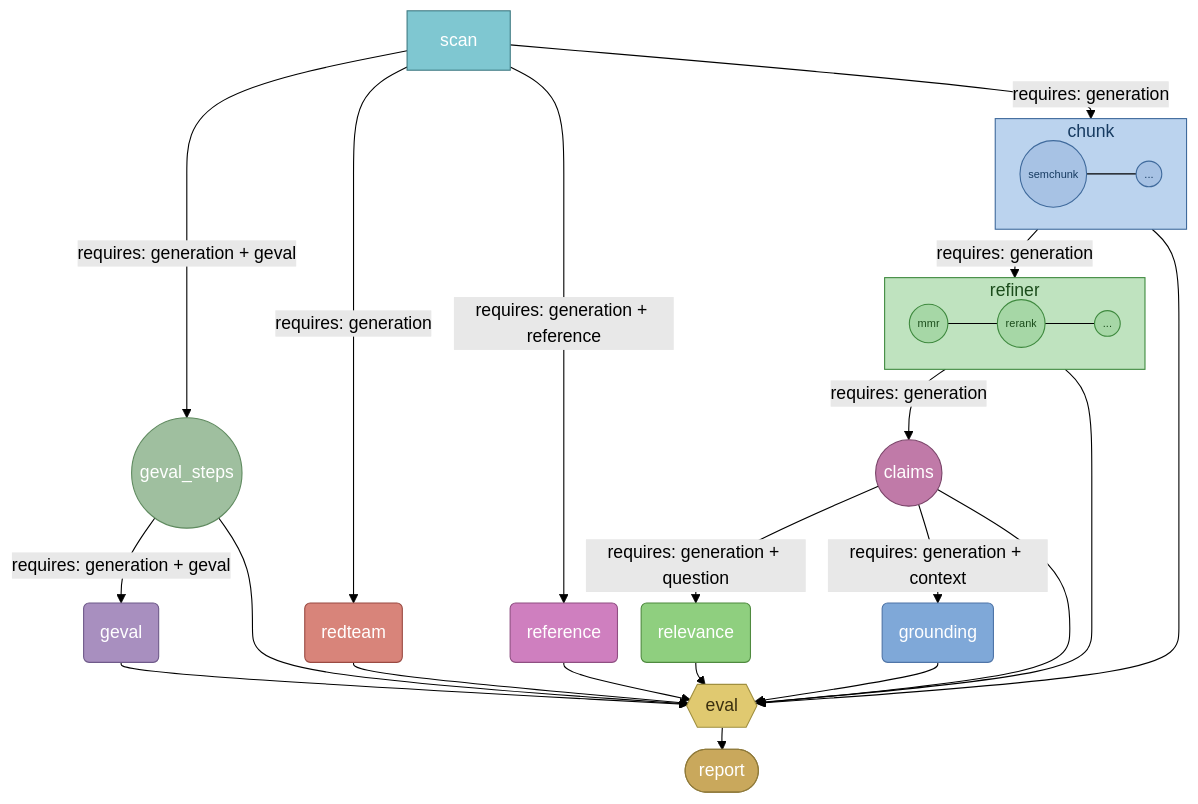
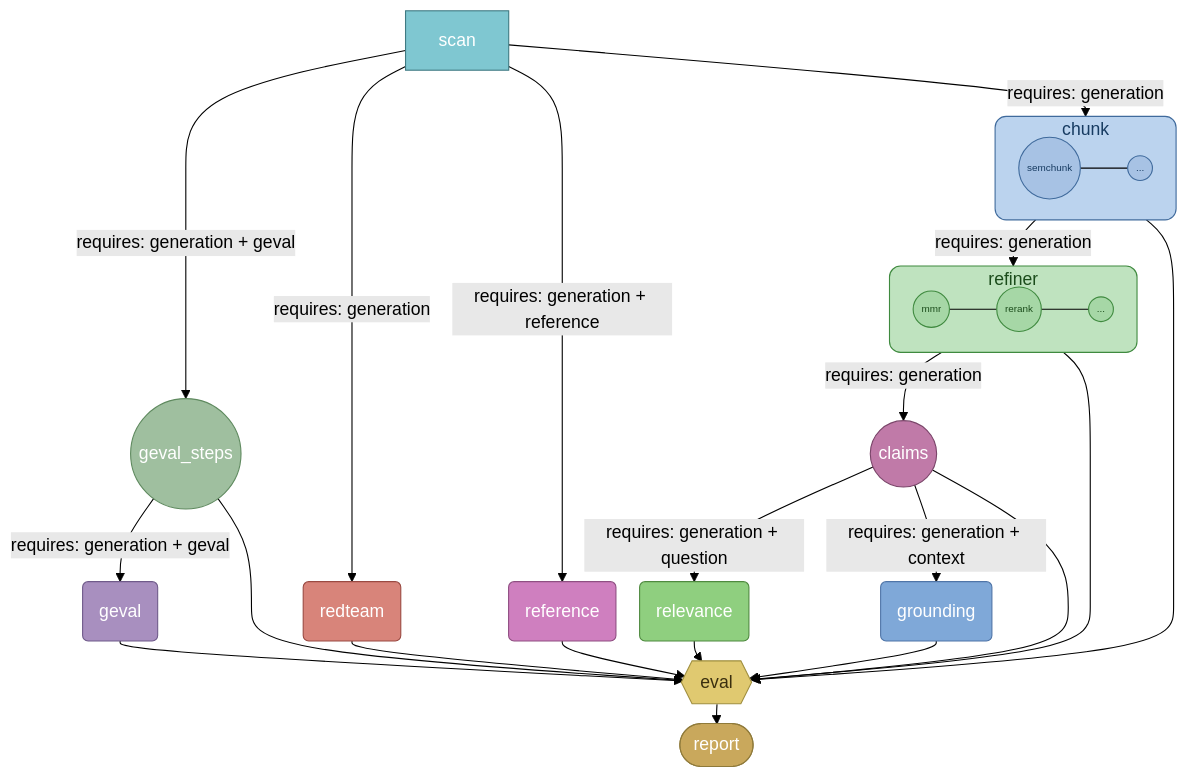
The diagram in docs/architecture.md (harneXa/nexa-gauge), drawn with Mermaid (forest theme) before and after one commit. The commit also changed 6 other files, not shown here.

````diff
--- a/docs/architecture.md
+++ b/docs/architecture.md
@@ -32,5 +32,5 @@
 ```mermaid
-%%{init: {"flowchart": {"nodeSpacing": 20, "rankSpacing": 20}} }%%
+%%{init: {"flowchart": {"nodeSpacing": 18, "rankSpacing": 18}} }%%
 flowchart TD
     scan[scan]
 
@@ -95,14 +95,14 @@
 
     %% Node colors — muted mid-tone palette, hue-matched to NodeSpec.color in topology.py
     style scan        fill:#7FC7D1,stroke:#3F7A82,color:#fff
-    style chunk_box   fill:#BBD3EE,stroke:#3F6A9C,color:#173B61
-    style refiner_box fill:#BFE3BF,stroke:#3F8A3F,color:#1B4C1B
+    style chunk_box   fill:#BBD3EE,stroke:#3F6A9C,color:#173B61,rx:10px,ry:10px,padding:4px
+    style refiner_box fill:#BFE3BF,stroke:#3F8A3F,color:#1B4C1B,rx:10px,ry:10px,padding:4px
     style chunk_semchunk   fill:#A7C2E4,stroke:#3F6A9C,color:#173B61,stroke-width:1px
     style chunk_more       fill:#A7C2E4,stroke:#3F6A9C,color:#173B61,stroke-width:1px
     style refiner_mmr      fill:#A6D7A6,stroke:#3F8A3F,color:#1B4C1B,stroke-width:1px
     style refiner_rerank   fill:#A6D7A6,stroke:#3F8A3F,color:#1B4C1B,stroke-width:1px
     style refiner_more     fill:#A6D7A6,stroke:#3F8A3F,color:#1B4C1B,stroke-width:1px
-    classDef strategySmall font-size:10px,stroke-width:1px;
+    classDef strategySmall font-size:9px,stroke-width:1px;
     class chunk_semchunk,chunk_more,refiner_mmr,refiner_rerank,refiner_more strategySmall
     style claims      fill:#C07AA8,stroke:#7A4469,color:#fff
     style geval_steps fill:#9FBF9F,stroke:#5F8A5F,color:#fff
````
